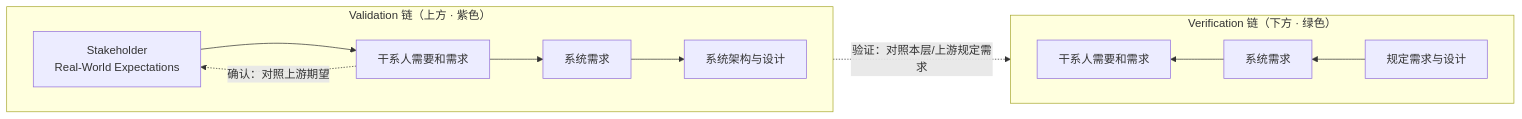
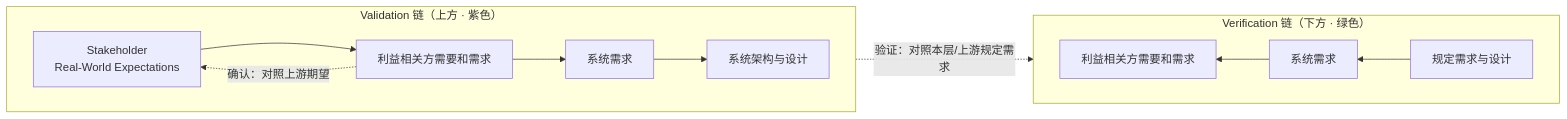
One commit to Yongjunzhou/AOS-system-design changed the first of 14 diagrams in 100-subprojects/01-系统工程研究/00-系统工程相关研究报告/23-判据体系研究报告-从验证确认到治理的判据阶梯.md. Above: the diagram before and after it, drawn with Mermaid. The commit also changed other lines of this file and 38 other files, not shown here.

````diff
--- a/100-subprojects/01-系统工程研究/00-系统工程相关研究报告/23-判据体系研究报告-从验证确认到治理的判据阶梯.md
+++ b/100-subprojects/01-系统工程研究/00-系统工程相关研究报告/23-判据体系研究报告-从验证确认到治理的判据阶梯.md
@@ -87,13 +99,13 @@
 ```mermaid
 flowchart LR
     subgraph UP["Validation 链（上方 · 紫色）"]
         direction LR
-        SRE["Stakeholder<br/>Real-World Expectations"] --> N1["干系人需要和需求"] --> N2["系统需求"] --> N3["系统架构与设计"]
+        SRE["Stakeholder<br/>Real-World Expectations"] --> N1["利益相关方需要和需求"] --> N2["系统需求"] --> N3["系统架构与设计"]
     end
     subgraph DOWN["Verification 链（下方 · 绿色）"]
         direction RL
-        R1["规定需求与设计"] --> R2["系统需求"] --> R3["干系人需要和需求"]
+        R1["规定需求与设计"] --> R2["系统需求"] --> R3["利益相关方需要和需求"]
     end
     N1 -.->|"确认：对照上游期望"| SRE
     N3 -.->|"验证：对照本层/上游规定需求"| R1
 ```
````
